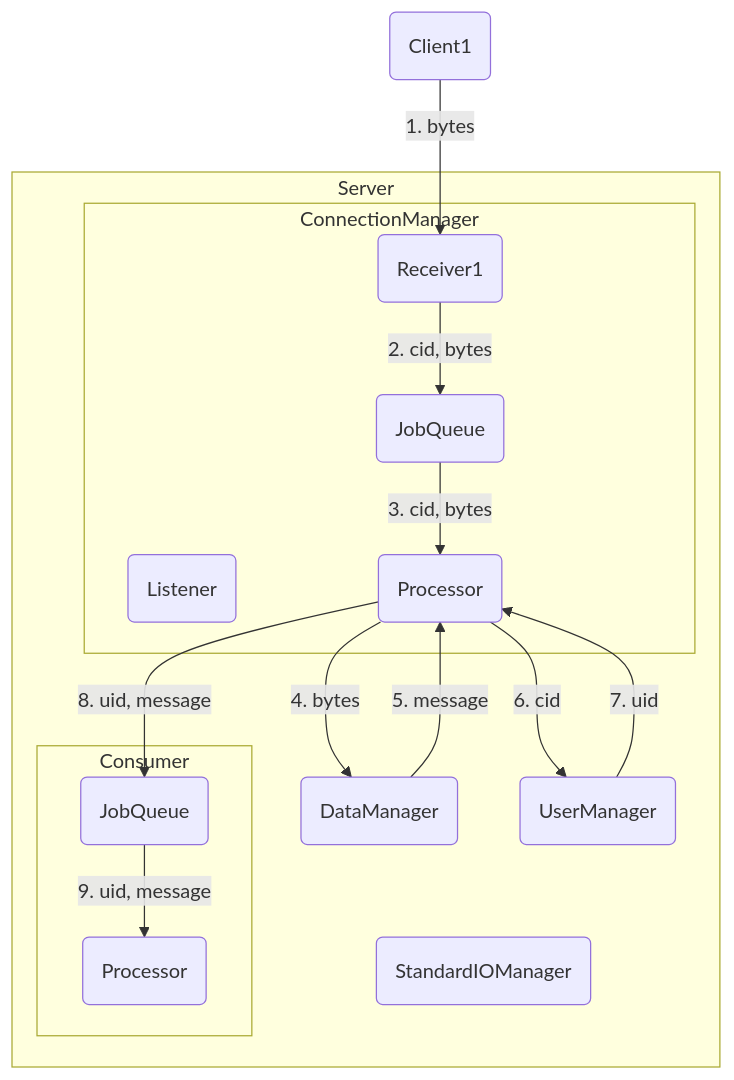
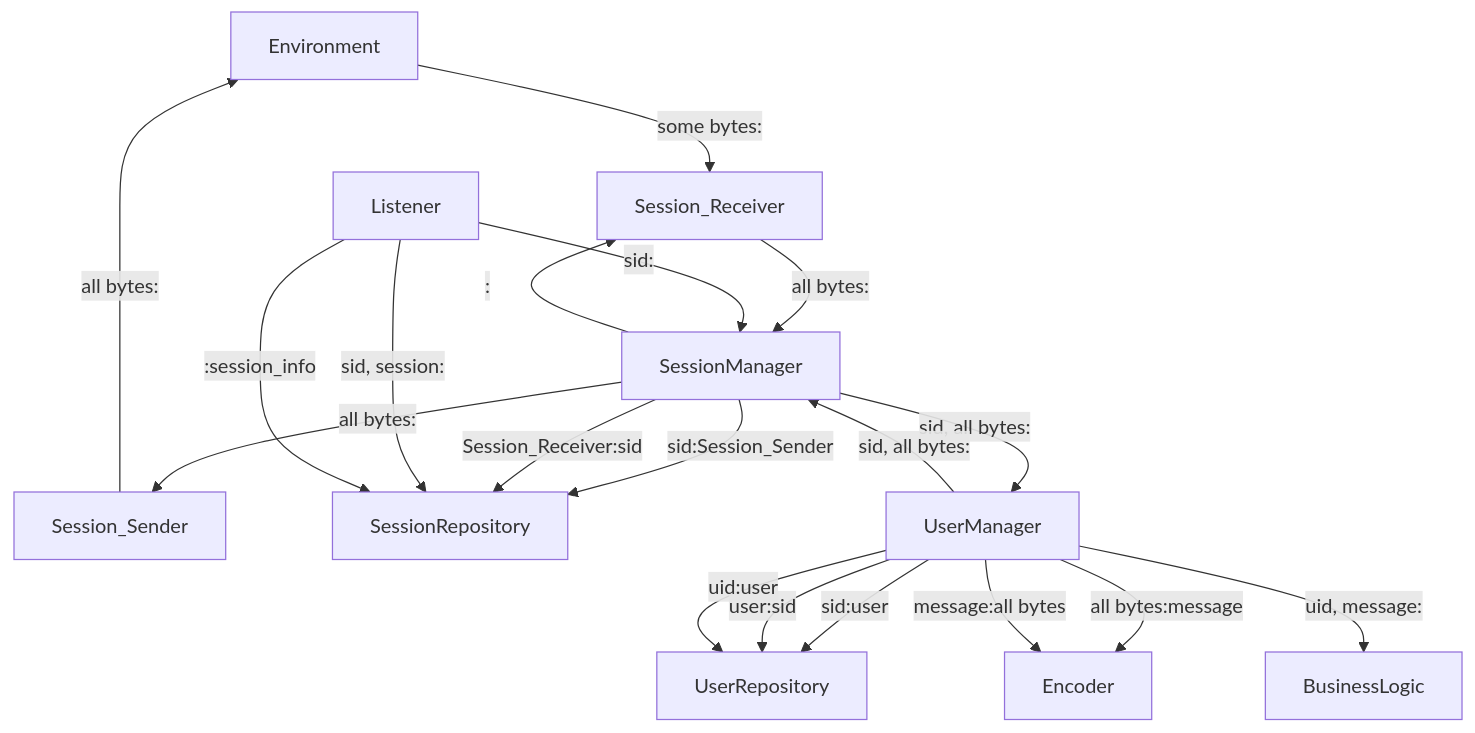
One commit to kuro11pow2/chat changed the diagram in README.md. Above: the diagram before and after it, drawn with Mermaid. The commit also changed other lines of this file, not shown here.

````diff
--- a/README.md
+++ b/README.md
@@ -4,43 +9,28 @@
 ```mermaid
 flowchart TD
-    cl1(Client1)
-    listener(Listener)
-    receiver(Receiver1)
-    std(StandardIOManager)
-    dm(DataManager)
-    pqueue(JobQueue)
-    pprocessor(Processor)
-    cqueue(JobQueue)
-    cprocessor(Processor)
-    um(UserManager)
+    Environment --> |some bytes:| Session_Receiver
+    Session_Sender --> |all bytes:| Environment
+    Session_Receiver --> |all bytes:| SessionManager
+    SessionManager --> |all bytes:| Session_Sender
+    
+    SessionManager --> |sid:Session_Sender| SessionRepository
+    SessionManager --> |Session_Receiver:sid| SessionRepository
 
-    cl1 --> |1. bytes| receiver
-    
-    subgraph Server
-        subgraph ConnectionManager
-            listener
-            receiver
-            pqueue
-            pprocessor
-        end
-        std
-        subgraph Consumer    
-            cqueue
-            cprocessor
-        end
+    Listener --> |sid, session:| SessionRepository
+    Listener --> |:session_info| SessionRepository
+    Listener --> |sid:| SessionManager
+    SessionManager --> |:| Session_Receiver
 
-        receiver --> |2. cid, bytes| pqueue
-        pqueue --> |3. cid, bytes| pprocessor
-        pprocessor --> |4. bytes| dm
-        dm --> |5. message| pprocessor
-        pprocessor --> |6. cid| um
-        um --> |7. uid| pprocessor
-        pprocessor --> |8. uid, message| cqueue
-        cqueue --> |9. uid, message| cprocessor
-        
-        
-        
-    end
-    
-    
+    SessionManager --> |sid, all bytes:| UserManager
+    UserManager --> |sid, all bytes:| SessionManager
+
+    UserManager  --> |sid:user| UserRepository
+    UserManager  --> |user:sid| UserRepository
+    UserManager  --> |uid:user| UserRepository
+
+    UserManager --> |all bytes:message| Encoder
+    UserManager --> |message:all bytes| Encoder
+
+    UserManager --> |uid, message:| BusinessLogic
+
 ```
````
